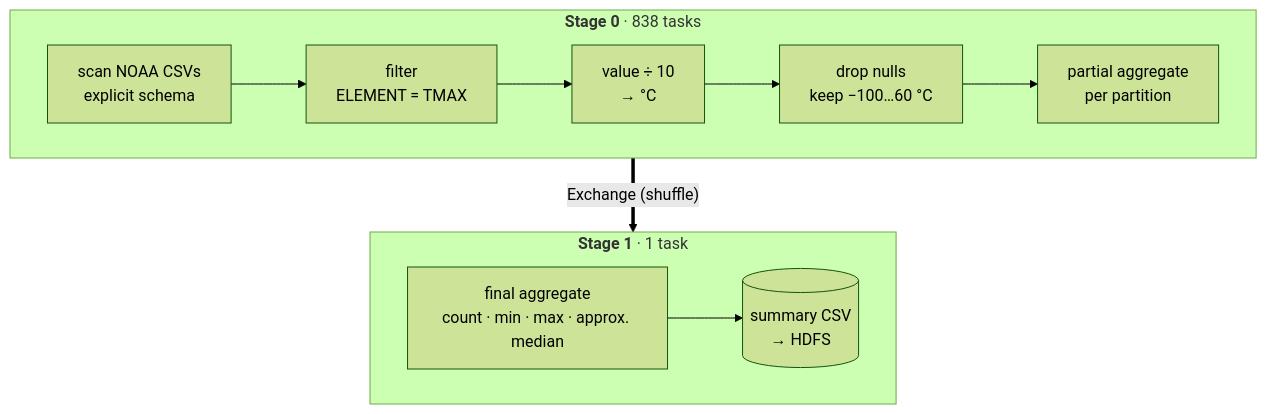
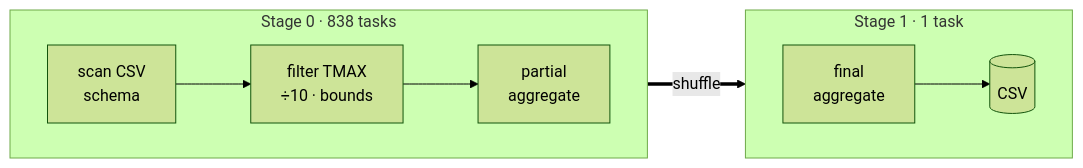
Before and after one commit to Arbzzz04/spark-massive-scale-analytics: the fourth of 8 diagrams in README.md, drawn with Mermaid (forest theme). The commit also changed other lines of this file, not shown here.

First line of the commit message:
Split README diagrams into compact, wide segments

````diff
--- a/README.md
+++ b/README.md
@@ -121,12 +106,12 @@
 ```mermaid
-flowchart TB
-    subgraph S0["<b>Stage 0</b> · 838 tasks"]
+flowchart LR
+    subgraph S0["Stage 0 · 838 tasks"]
         direction LR
-        A["scan NOAA CSVs<br/>explicit schema"] --> B["filter<br/>ELEMENT = TMAX"] --> C["value ÷ 10<br/>→ °C"] --> D["drop nulls<br/>keep −100…60 °C"] --> P["partial aggregate<br/>per partition"]
+        A["scan CSV<br/>schema"] --> B["filter TMAX<br/>÷10 · bounds"] --> P["partial<br/>aggregate"]
     end
-    subgraph S1["<b>Stage 1</b> · 1 task"]
+    subgraph S1["Stage 1 · 1 task"]
         direction LR
-        F["final aggregate<br/>count · min · max · approx. median"] --> O[("summary CSV<br/>→ HDFS")]
+        F["final<br/>aggregate"] --> O[("CSV")]
     end
-    S0 ==>|"Exchange (shuffle)"| S1
+    S0 ==>|shuffle| S1
 ```
````
